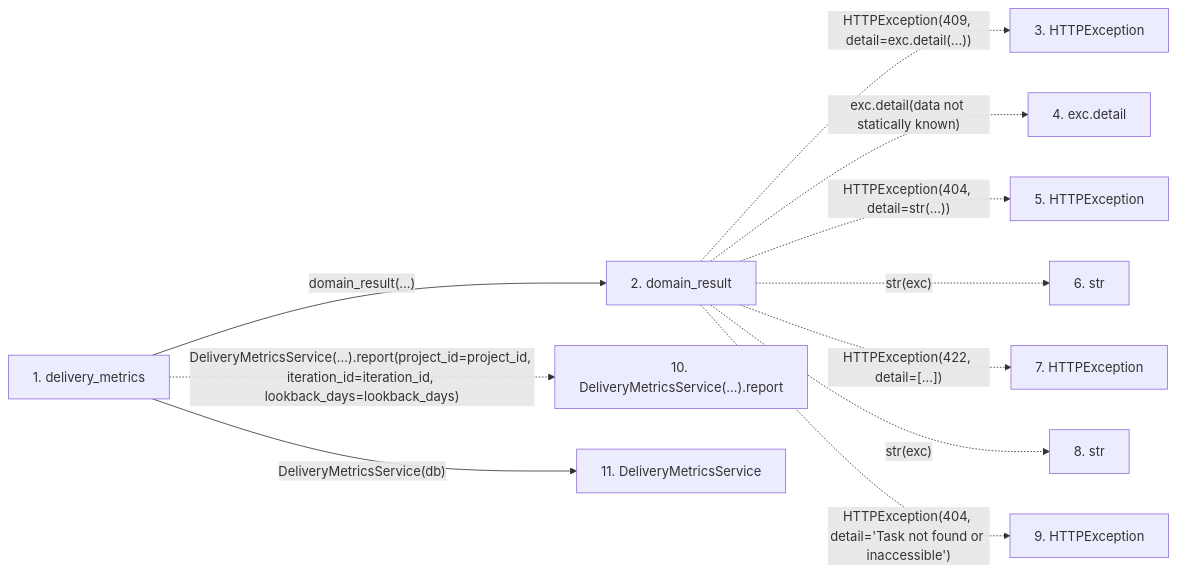
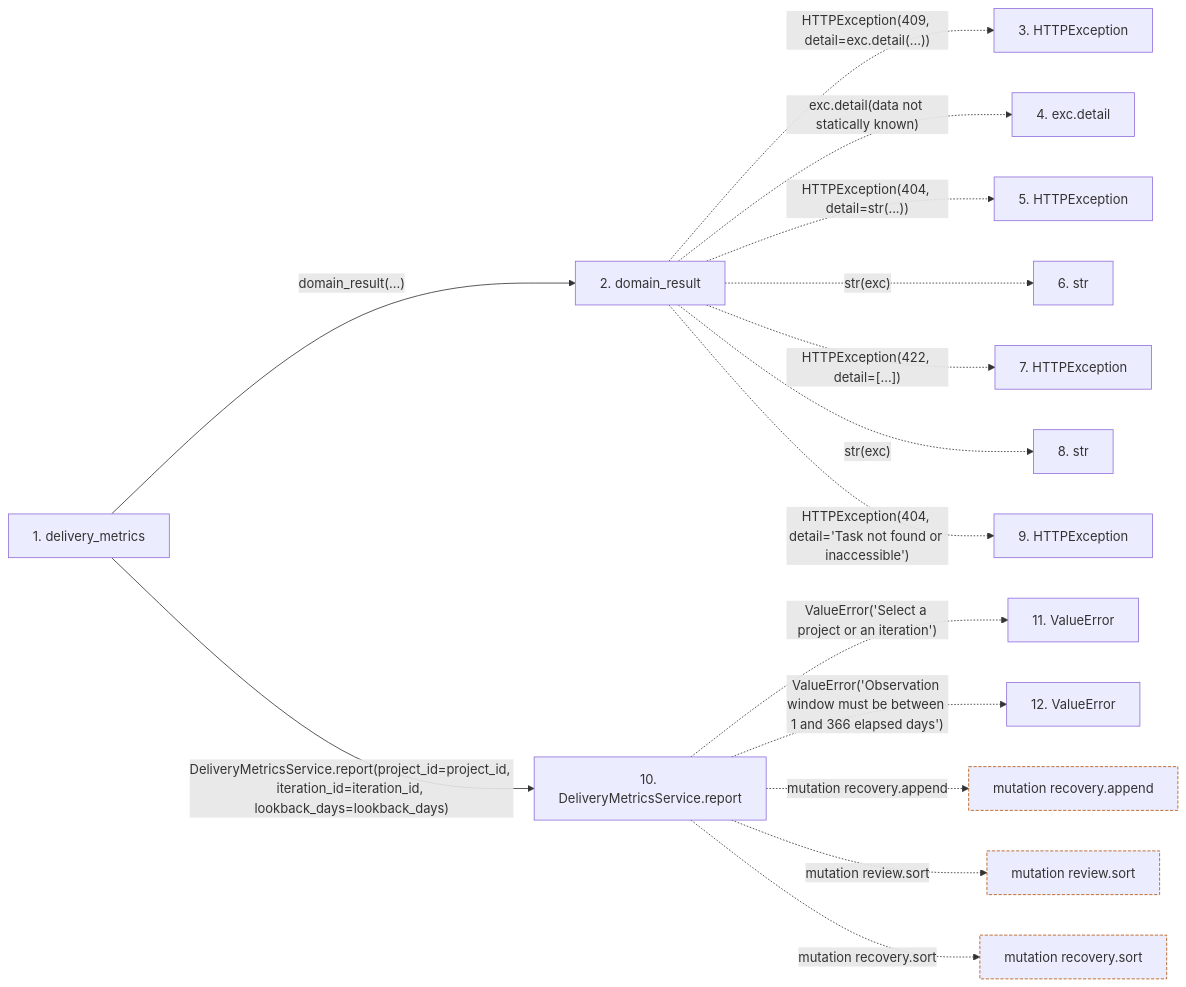
One commit to Denissvgn/WorkChord changed the second of 2 diagrams in docs/llm_wiki/flows/http-delivery_metrics.md. Above: the diagram before and after it, drawn with Mermaid. The commit also changed other lines of this file and 25171 other files, not shown here.

````diff
--- a/docs/llm_wiki/flows/http-delivery_metrics.md
+++ b/docs/llm_wiki/flows/http-delivery_metrics.md
@@ -34,27 +129,39 @@
 ```mermaid
 flowchart LR
     s1["1. delivery_metrics"]
     s2["2. domain_result"]
     s3["3. HTTPException"]
     s4["4. exc.detail"]
     s5["5. HTTPException"]
     s6["6. str"]
     s7["7. HTTPException"]
     s8["8. str"]
     s9["9. HTTPException"]
-    s10["10. DeliveryMetricsService(…).report"]
-    s11["11. DeliveryMetricsService"]
+    s10["10. DeliveryMetricsService.report"]
+    s11["11. ValueError"]
+    s12["12. ValueError"]
     s1 -->|"domain_result(...)"| s2
     s2 -. "HTTPException(409, detail=exc.detail(...))" .-> s3
     s2 -. "exc.detail(data not statically known)" .-> s4
     s2 -. "HTTPException(404, detail=str(...))" .-> s5
     s2 -. "str(exc)" .-> s6
     s2 -. "HTTPException(422, detail=[...])" .-> s7
     s2 -. "str(exc)" .-> s8
     s2 -. "HTTPException(404, detail='Task not found or inaccessible')" .-> s9
-    s1 -. "DeliveryMetricsService(…).report(project_id=project_id, iteration_id=iteration_id, lookback_days=lookback_days)" .-> s10
-    s1 -->|"DeliveryMetricsService(db)"| s11
+    s1 -->|"DeliveryMetricsService.report(project_id=project_id, iteration_id=iteration_id, lookback_days=lookback_days)"| s10
+    s10 -. "ValueError('Select a project or an iteration')" .-> s11
+    s10 -. "ValueError('Observation window must be between 1 and 366 elapsed days')" .-> s12
+    b0["mutation recovery.append"]
+    s10 -. "mutation recovery.append" .-> b0
+    b1["mutation review.sort"]
+    s10 -. "mutation review.sort" .-> b1
+    b2["mutation recovery.sort"]
+    s10 -. "mutation recovery.sort" .-> b2
     click s1 "../modules/routers_task_domain.md"
     click s2 "../modules/routers_task_domain.md"
-    click s11 "../modules/delivery_metrics_service.md"
+    click s10 "../modules/delivery_metrics_service.md"
+    classDef boundary stroke:#b45309,stroke-dasharray: 4 2
+    class b0 boundary
+    class b1 boundary
+    class b2 boundary
 ```
````
